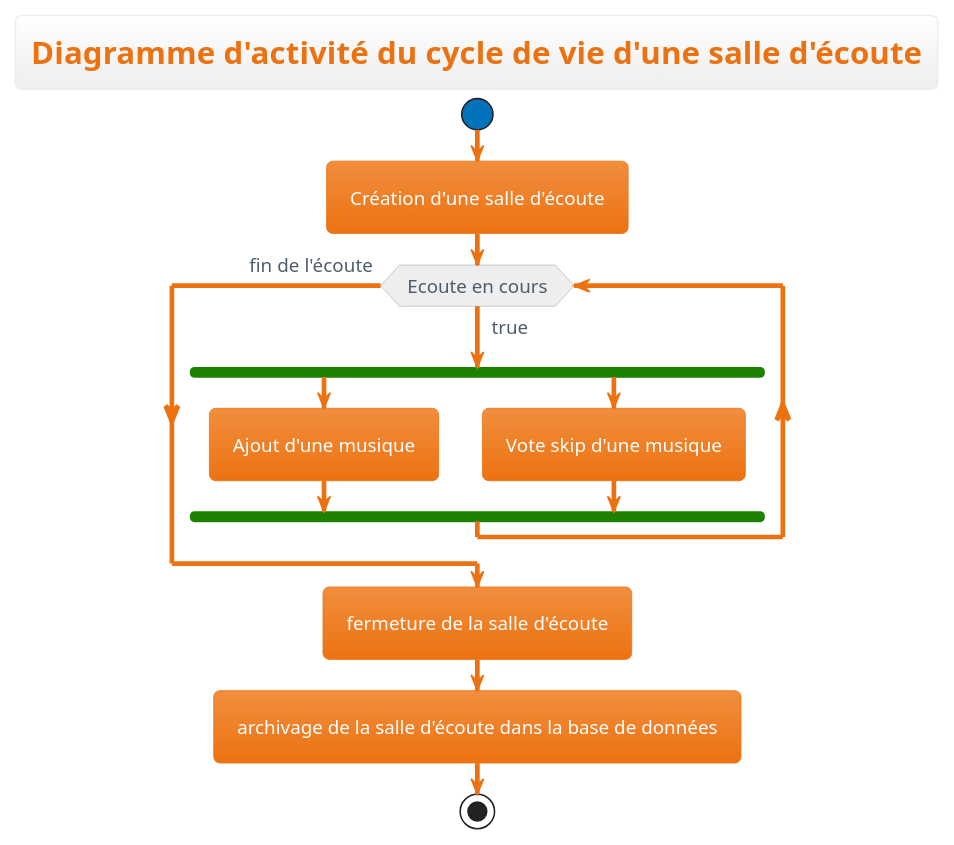
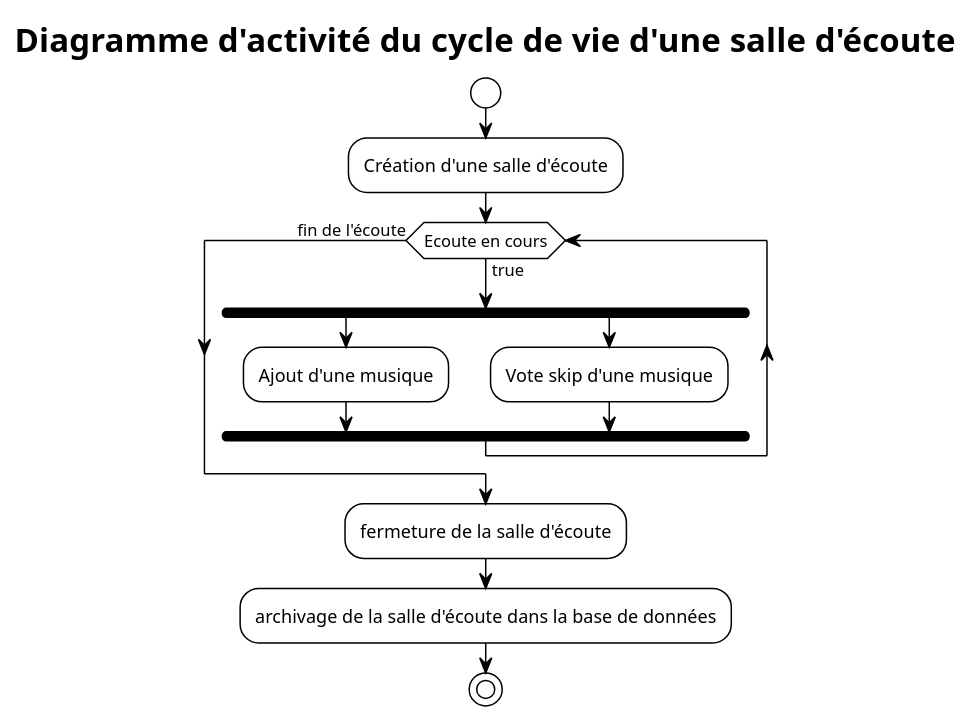
The diagram in Document du projet/Etude préalable/Diagrammes/Diagrammes d'activité/cycle_vie_d_une_salle_d_acvtivite.puml (datsmysong/app), drawn with PlantUML before and after one commit. The commit also changed 7 other files, not shown here.

Commit message:
chore: updated theme of diagrams

```diff
--- a/Document du projet/Etude préalable/Diagrammes/Diagrammes d'activité/cycle_vie_d_une_salle_d_acvtivite.puml
+++ b/Document du projet/Etude préalable/Diagrammes/Diagrammes d'activité/cycle_vie_d_une_salle_d_acvtivite.puml
@@ -1,18 +1,18 @@
-@startuml Diagramme d'activité
+@startuml cycle_vie_d_une_salle_d_acvtivite
 title Diagramme d'activité du cycle de vie d'une salle d'écoute
-!theme aws-orange
+!theme plain
 
 start
 :Création d'une salle d'écoute;
 while (Ecoute en cours) is (true)
     fork
         :Ajout d'une musique;
     fork again
         :Vote skip d'une musique;
     end fork
 endwhile (fin de l'écoute)
 :fermeture de la salle d'écoute;
 :archivage de la salle d'écoute dans la base de données;
 stop
 
 @enduml
```
